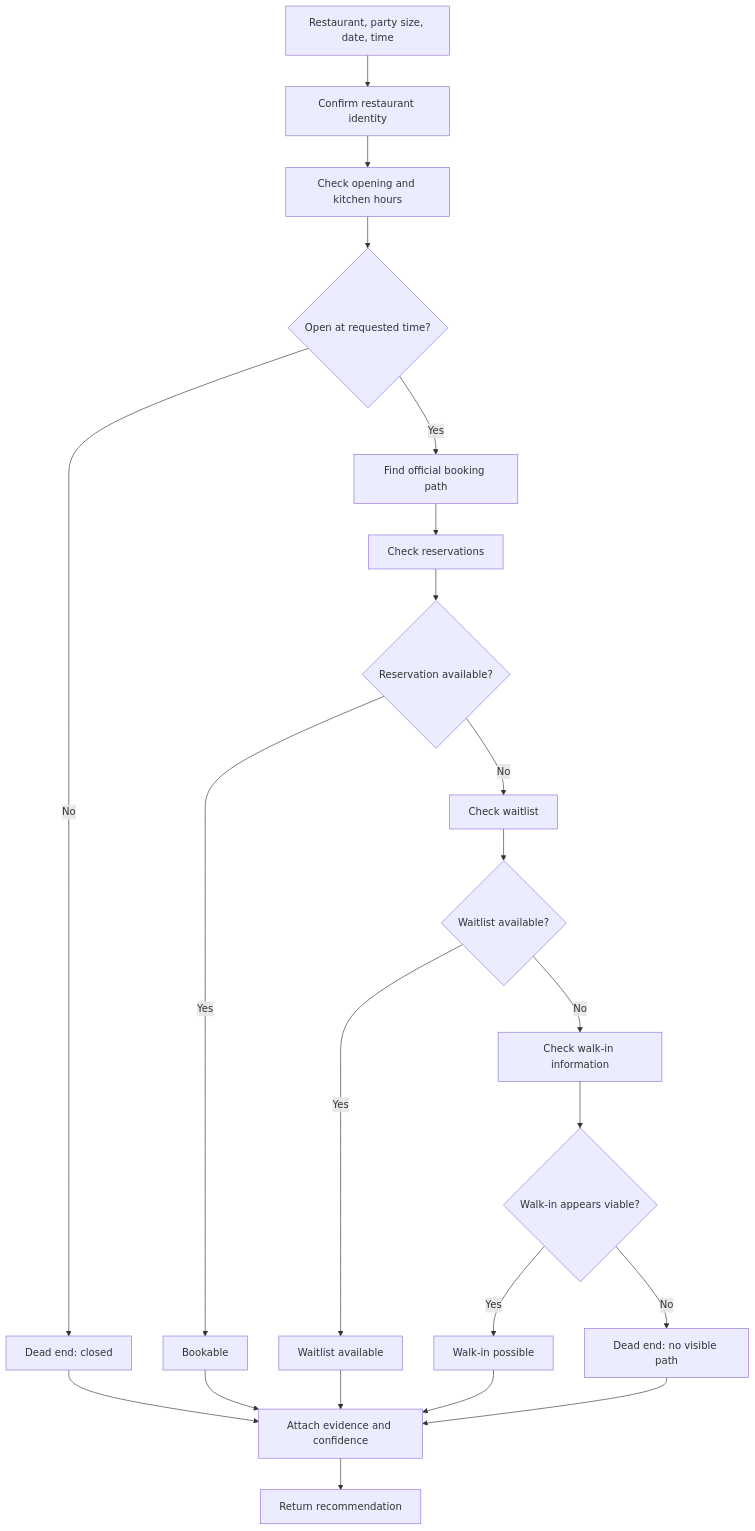
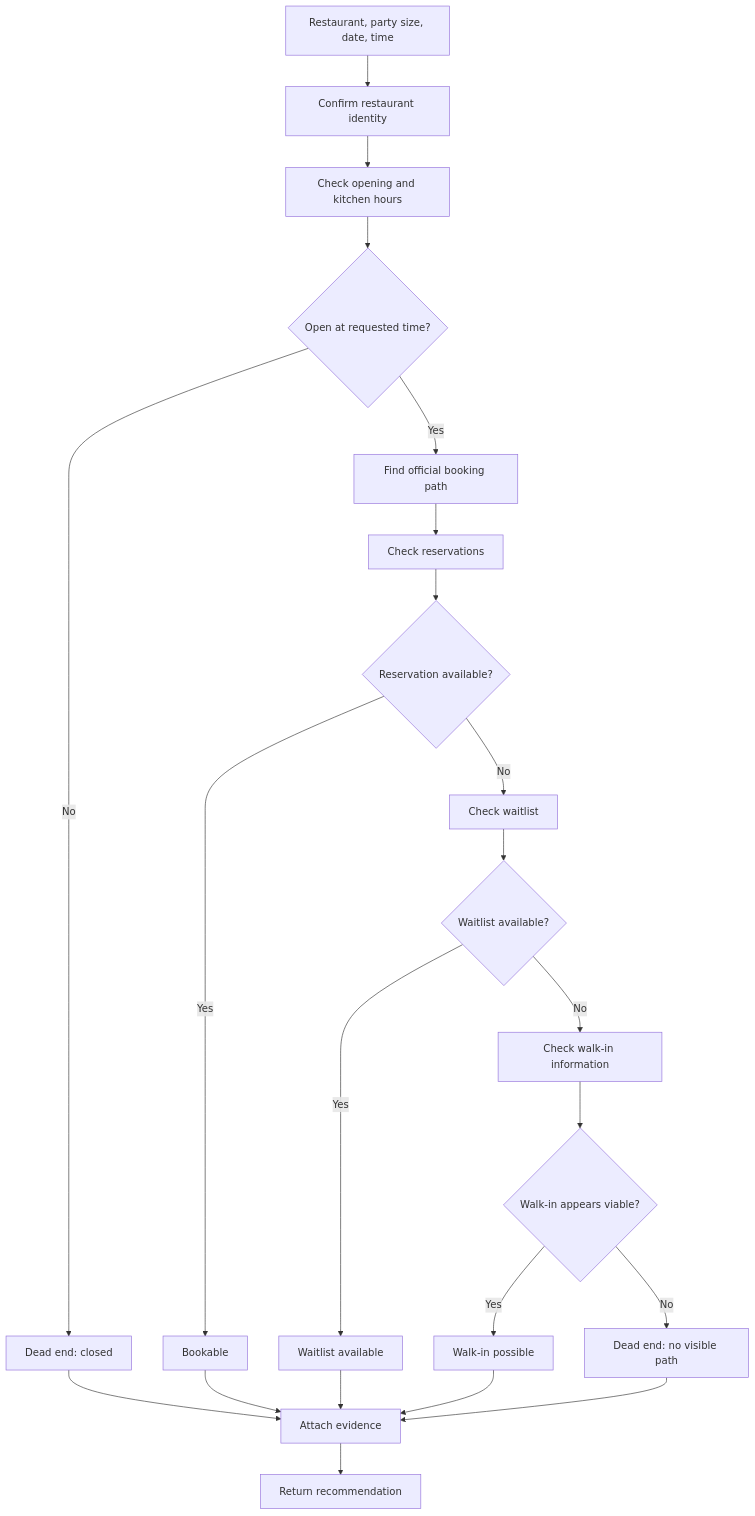
Before and after one commit to maxbov1/hungryradar: the fourth of 4 diagrams in README.md, drawn with Mermaid. The commit also changed other lines of this file and 1 other file, not shown here.

````diff
--- a/README.md
+++ b/README.md
@@ -191,24 +190,24 @@
 ```mermaid
 flowchart TD
     A[Restaurant, party size, date, time] --> B[Confirm restaurant identity]
     B --> C[Check opening and kitchen hours]
     C --> D{Open at requested time?}
     D -->|No| X[Dead end: closed]
     D -->|Yes| E[Find official booking path]
     E --> F[Check reservations]
     F --> G{Reservation available?}
     G -->|Yes| H[Bookable]
     G -->|No| I[Check waitlist]
     I --> J{Waitlist available?}
     J -->|Yes| K[Waitlist available]
     J -->|No| L[Check walk-in information]
     L --> M{Walk-in appears viable?}
     M -->|Yes| N[Walk-in possible]
     M -->|No| O[Dead end: no visible path]
-    H --> P[Attach evidence and confidence]
+    H --> P[Attach evidence]
     K --> P
     N --> P
     X --> P
     O --> P
     P --> Q[Return recommendation]
 ```
````
